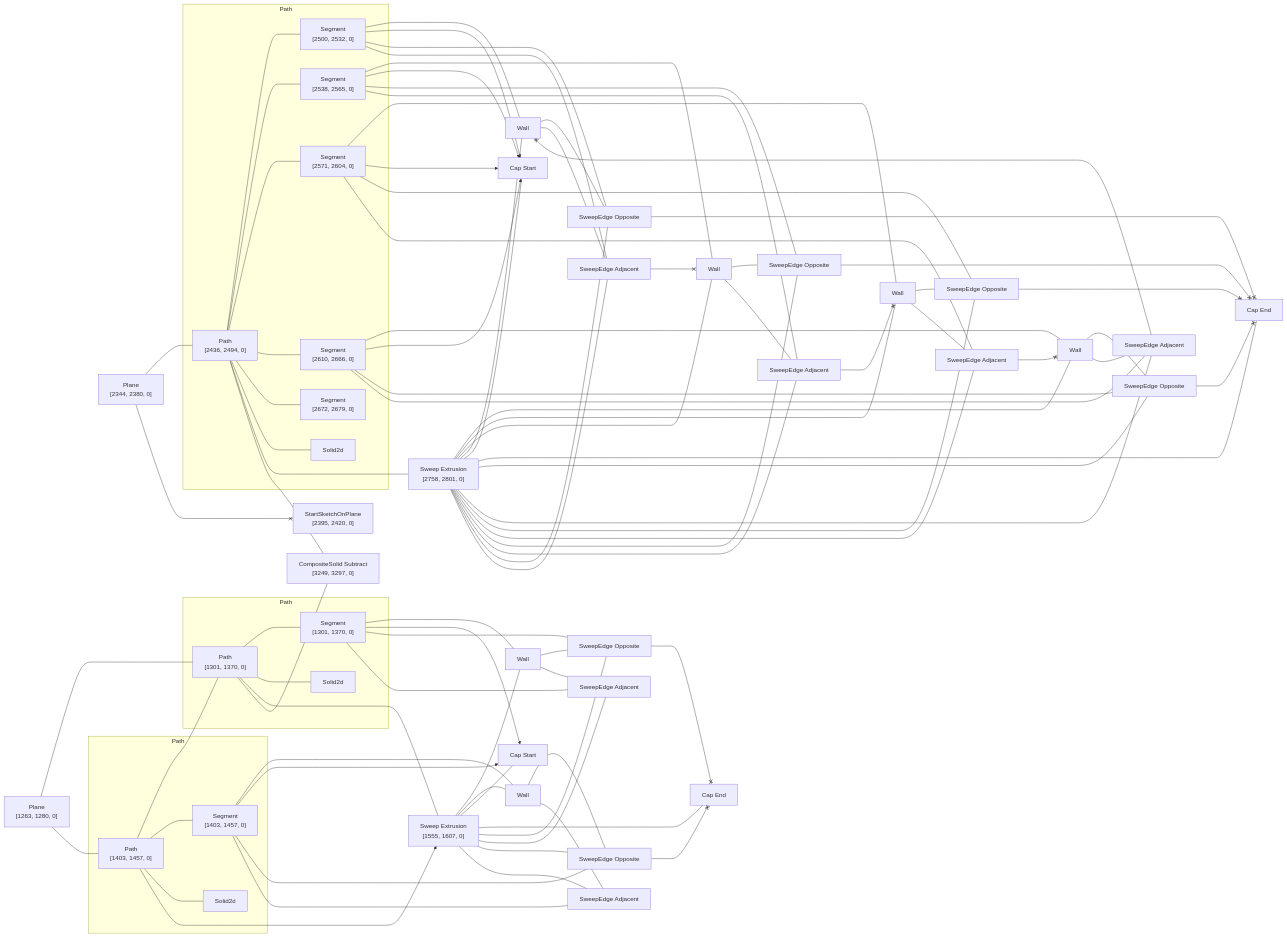
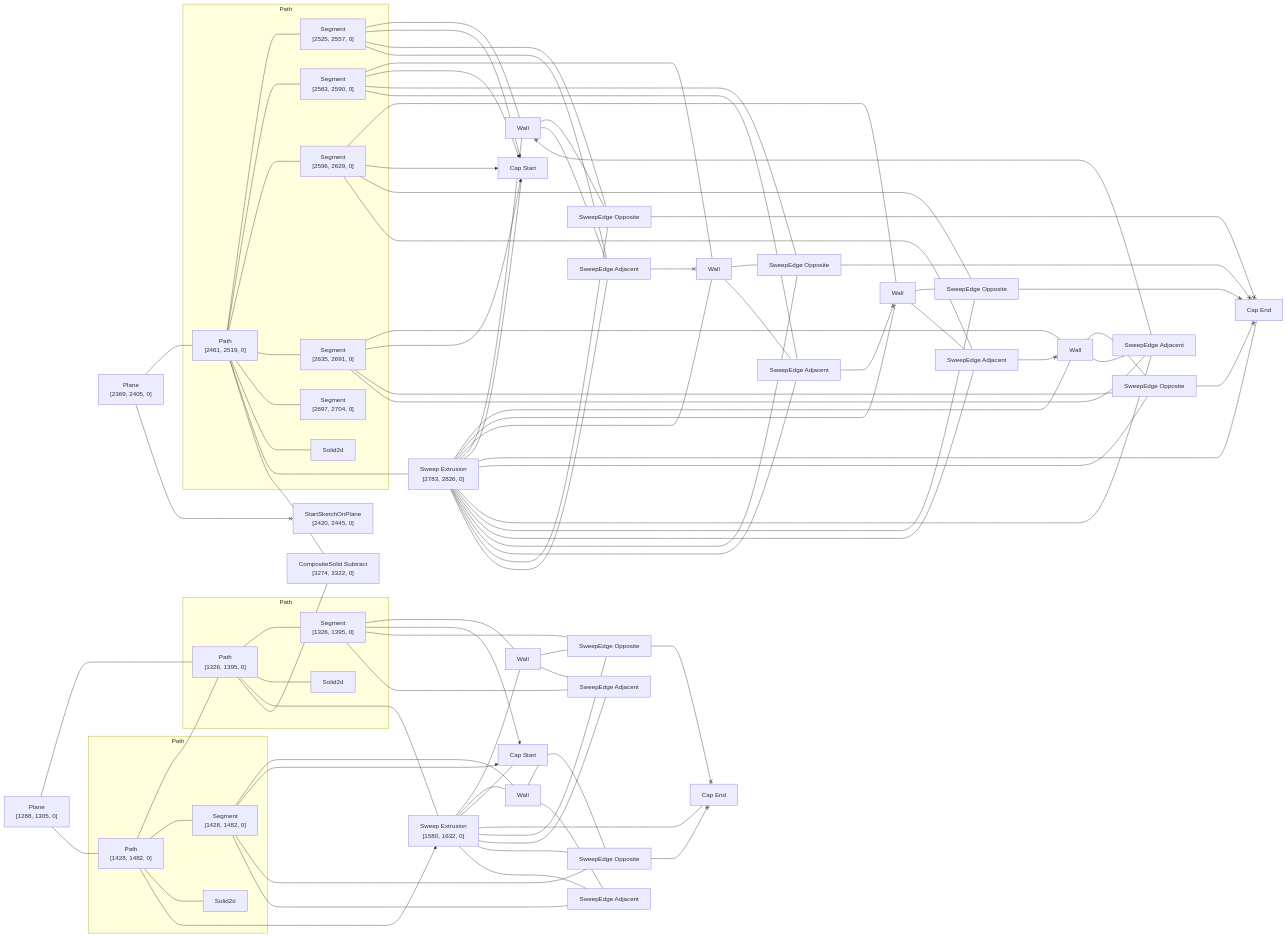
One commit to KittyCAD/modeling-app changed the diagram in rust/kcl-lib/tests/kcl_samples/split-washer-flat-version/artifact_graph_flowchart.snap.md. Above: the diagram before and after it, drawn with Mermaid. The commit also changed 319 other files, not shown here.

````diff
--- a/rust/kcl-lib/tests/kcl_samples/split-washer-flat-version/artifact_graph_flowchart.snap.md
+++ b/rust/kcl-lib/tests/kcl_samples/split-washer-flat-version/artifact_graph_flowchart.snap.md
@@ -1,37 +1,37 @@
 ```mermaid
 flowchart LR
   subgraph path2 [Path]
-    2["Path<br>[1301, 1370, 0]"]
+    2["Path<br>[1326, 1395, 0]"]
       %% [ProgramBodyItem { index: 5 }, VariableDeclarationDeclaration, VariableDeclarationInit, PipeBodyItem { index: 0 }]
-    3["Segment<br>[1301, 1370, 0]"]
+    3["Segment<br>[1326, 1395, 0]"]
       %% [ProgramBodyItem { index: 5 }, VariableDeclarationDeclaration, VariableDeclarationInit, PipeBodyItem { index: 0 }]
     4[Solid2d]
   end
   subgraph path5 [Path]
-    5["Path<br>[1403, 1457, 0]"]
+    5["Path<br>[1428, 1482, 0]"]
       %% [ProgramBodyItem { index: 5 }, VariableDeclarationDeclaration, VariableDeclarationInit, PipeBodyItem { index: 1 }, CallKwArg { index: 0 }, ArrayElement { index: 0 }]
-    6["Segment<br>[1403, 1457, 0]"]
+    6["Segment<br>[1428, 1482, 0]"]
       %% [ProgramBodyItem { index: 5 }, VariableDeclarationDeclaration, VariableDeclarationInit, PipeBodyItem { index: 1 }, CallKwArg { index: 0 }, ArrayElement { index: 0 }]
     7[Solid2d]
   end
   subgraph path18 [Path]
-    18["Path<br>[2436, 2494, 0]"]
+    18["Path<br>[2461, 2519, 0]"]
       %% [ProgramBodyItem { index: 13 }, VariableDeclarationDeclaration, VariableDeclarationInit, PipeBodyItem { index: 0 }]
-    19["Segment<br>[2500, 2532, 0]"]
+    19["Segment<br>[2525, 2557, 0]"]
       %% [ProgramBodyItem { index: 13 }, VariableDeclarationDeclaration, VariableDeclarationInit, PipeBodyItem { index: 1 }]
-    20["Segment<br>[2538, 2565, 0]"]
+    20["Segment<br>[2563, 2590, 0]"]
       %% [ProgramBodyItem { index: 13 }, VariableDeclarationDeclaration, VariableDeclarationInit, PipeBodyItem { index: 2 }]
-    21["Segment<br>[2571, 2604, 0]"]
+    21["Segment<br>[2596, 2629, 0]"]
       %% [ProgramBodyItem { index: 13 }, VariableDeclarationDeclaration, VariableDeclarationInit, PipeBodyItem { index: 3 }]
-    22["Segment<br>[2610, 2666, 0]"]
+    22["Segment<br>[2635, 2691, 0]"]
       %% [ProgramBodyItem { index: 13 }, VariableDeclarationDeclaration, VariableDeclarationInit, PipeBodyItem { index: 4 }]
-    23["Segment<br>[2672, 2679, 0]"]
+    23["Segment<br>[2697, 2704, 0]"]
       %% [ProgramBodyItem { index: 13 }, VariableDeclarationDeclaration, VariableDeclarationInit, PipeBodyItem { index: 5 }]
     24[Solid2d]
   end
-  1["Plane<br>[1263, 1280, 0]"]
+  1["Plane<br>[1288, 1305, 0]"]
     %% [ProgramBodyItem { index: 4 }, VariableDeclarationDeclaration, VariableDeclarationInit]
-  8["Sweep Extrusion<br>[1555, 1607, 0]"]
+  8["Sweep Extrusion<br>[1580, 1632, 0]"]
     %% [ProgramBodyItem { index: 6 }, VariableDeclarationDeclaration, VariableDeclarationInit]
   9[Wall]
     %% face_code_ref=Missing NodePath
@@ -45,9 +45,9 @@
   14["SweepEdge Adjacent"]
   15["SweepEdge Opposite"]
   16["SweepEdge Adjacent"]
-  17["Plane<br>[2344, 2380, 0]"]
+  17["Plane<br>[2369, 2405, 0]"]
     %% [ProgramBodyItem { index: 11 }, VariableDeclarationDeclaration, VariableDeclarationInit]
-  25["Sweep Extrusion<br>[2758, 2801, 0]"]
+  25["Sweep Extrusion<br>[2783, 2826, 0]"]
     %% [ProgramBodyItem { index: 14 }, VariableDeclarationDeclaration, VariableDeclarationInit]
   26[Wall]
     %% face_code_ref=Missing NodePath
@@ -69,9 +69,9 @@
   37["SweepEdge Adjacent"]
   38["SweepEdge Opposite"]
   39["SweepEdge Adjacent"]
-  40["CompositeSolid Subtract<br>[3249, 3297, 0]"]
+  40["CompositeSolid Subtract<br>[3274, 3322, 0]"]
     %% [ProgramBodyItem { index: 15 }, VariableDeclarationDeclaration, VariableDeclarationInit]
-  41["StartSketchOnPlane<br>[2395, 2420, 0]"]
+  41["StartSketchOnPlane<br>[2420, 2445, 0]"]
     %% [ProgramBodyItem { index: 12 }, VariableDeclarationDeclaration, VariableDeclarationInit]
   1 --- 2
   1 --- 5
````
